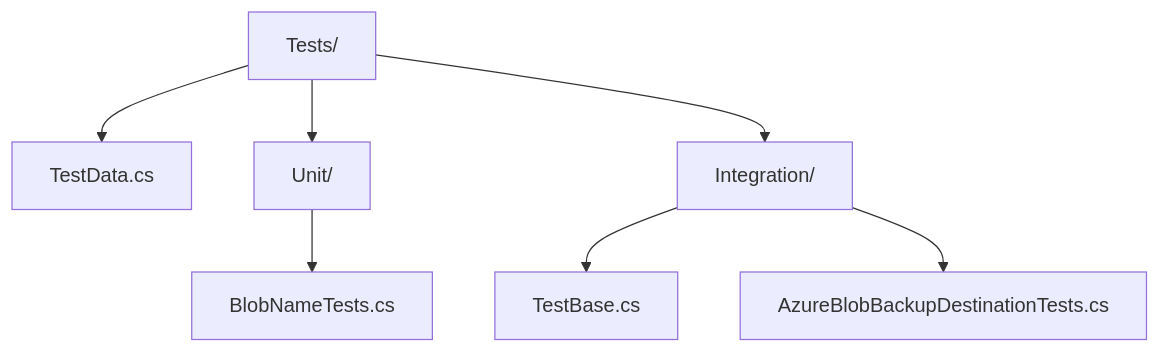
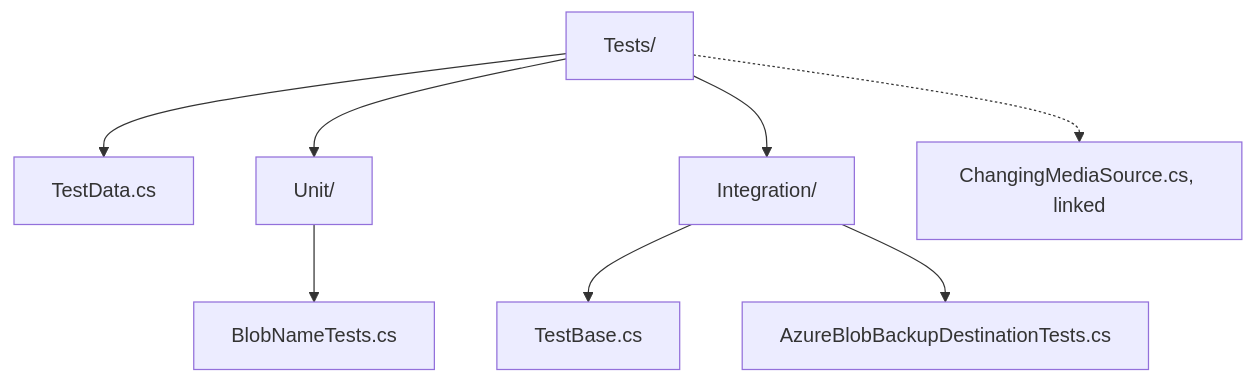
One commit to f2calv/android-dcim-cloud-sync changed the diagram in src/DcimCloudSync.Storage.Azure.Tests/README.md. Above: the diagram before and after it, drawn with Mermaid. The commit also changed other lines of this file and 15 other files, not shown here.

````diff
--- a/src/DcimCloudSync.Storage.Azure.Tests/README.md
+++ b/src/DcimCloudSync.Storage.Azure.Tests/README.md
@@ -45,9 +46,10 @@
 ```mermaid
 graph TD
     Tests[Tests/] --> Data[TestData.cs]
     Tests --> Unit[Unit/]
     Tests --> Integration[Integration/]
     Unit --> Naming[BlobNameTests.cs]
     Integration --> Base[TestBase.cs]
     Integration --> Destination[AzureBlobBackupDestinationTests.cs]
+    Tests -.-> Changing[ChangingMediaSource.cs, linked]
 ```
````
